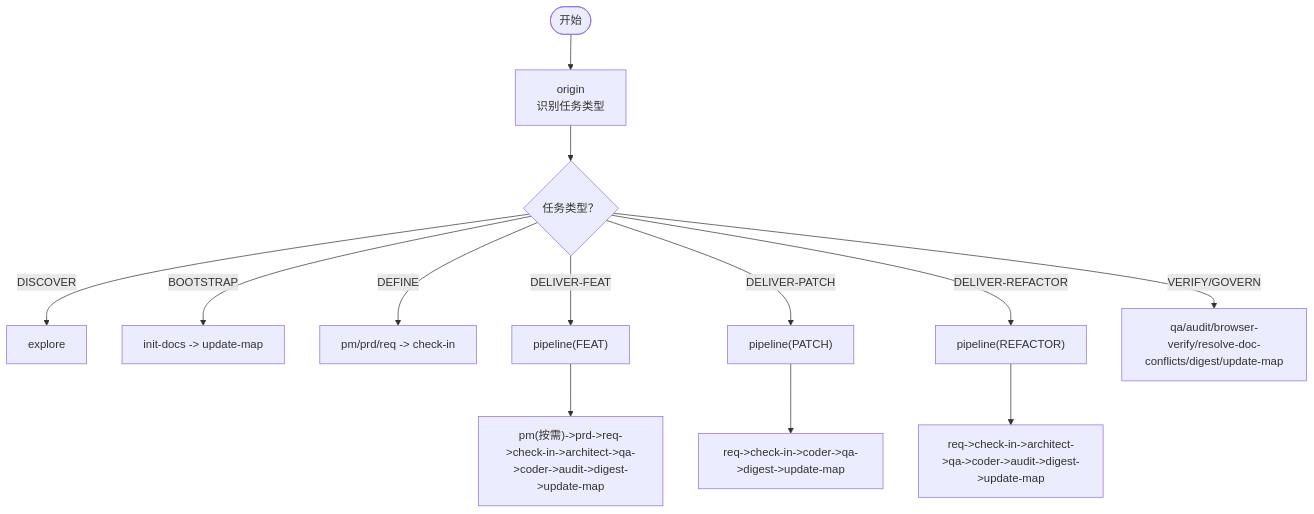
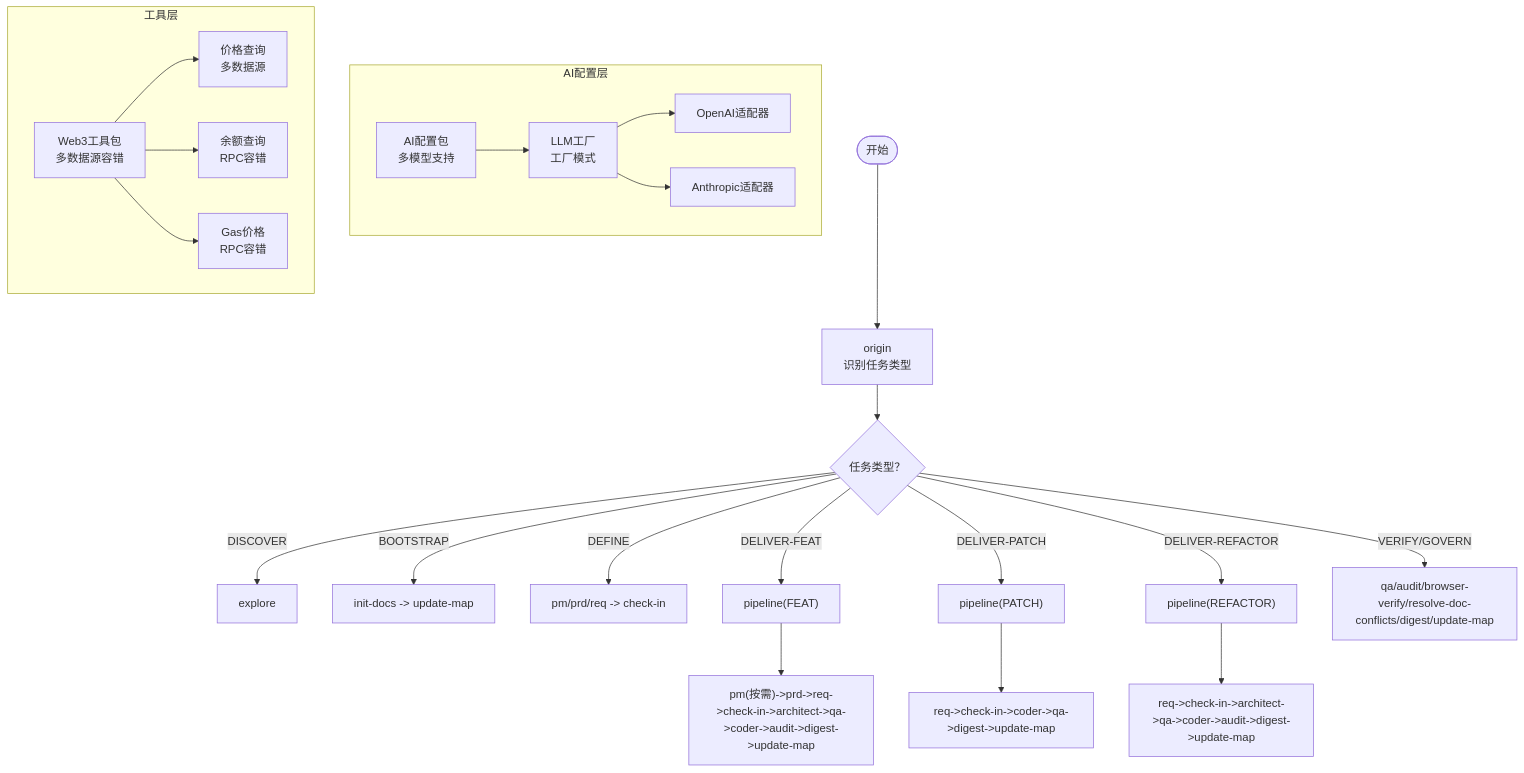
One commit to CryptoLinxu/Web3-AI-Agent changed the second of 9 diagrams in .qoder/repowiki/zh/content/项目概述/整体架构概览/整体架构概览.md. Above: the diagram before and after it, drawn with Mermaid. The commit also changed other lines of this file and 6 other files, not shown here.

````diff
--- a/.qoder/repowiki/zh/content/项目概述/整体架构概览/整体架构概览.md
+++ b/.qoder/repowiki/zh/content/项目概述/整体架构概览/整体架构概览.md
@@ -132,15 +156,33 @@
 ```mermaid
 flowchart TD
 START(["开始"]) --> ORG["origin<br/>识别任务类型"]
 ORG --> TYPE{"任务类型？"}
 TYPE --> |DISCOVER| D1["explore"]
 TYPE --> |BOOTSTRAP| D2["init-docs -> update-map"]
 TYPE --> |DEFINE| D3["pm/prd/req -> check-in"]
 TYPE --> |DELIVER-FEAT| PFEAT["pipeline(FEAT)"]
 TYPE --> |DELIVER-PATCH| PPATCH["pipeline(PATCH)"]
 TYPE --> |DELIVER-REFACTOR| PREFACTOR["pipeline(REFACTOR)"]
 TYPE --> |VERIFY/GOVERN| VG["qa/audit/browser-verify/resolve-doc-conflicts/digest/update-map"]
 PFEAT --> FEAT_FLOW["pm(按需)->prd->req->check-in->architect->qa->coder->audit->digest->update-map"]
 PPATCH --> PATCH_FLOW["req->check-in->coder->qa->digest->update-map"]
 PREFACTOR --> REFACTOR_FLOW["req->check-in->architect->qa->coder->audit->digest->update-map"]
+subgraph "AI配置层"
+CONFIG["AI配置包<br/>多模型支持"]
+FACTORY["LLM工厂<br/>工厂模式"]
+OPENAI["OpenAI适配器"]
+ANTHROPIC["Anthropic适配器"]
+end
+subgraph "工具层"
+WEB3TOOLS["Web3工具包<br/>多数据源容错"]
+GETPRICE["价格查询<br/>多数据源"]
+GETBALANCE["余额查询<br/>RPC容错"]
+GETGAS["Gas价格<br/>RPC容错"]
+end
+CONFIG --> FACTORY
+FACTORY --> OPENAI
+FACTORY --> ANTHROPIC
+WEB3TOOLS --> GETPRICE
+WEB3TOOLS --> GETBALANCE
+WEB3TOOLS --> GETGAS
 ```
````
